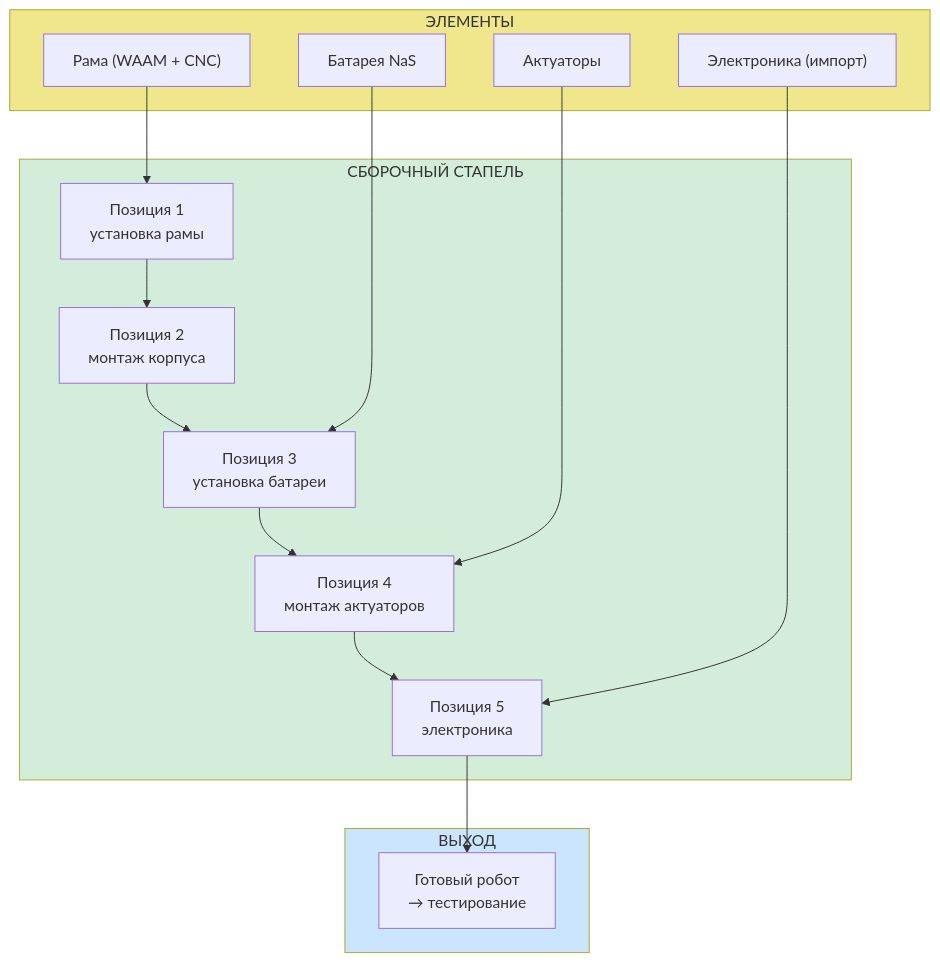
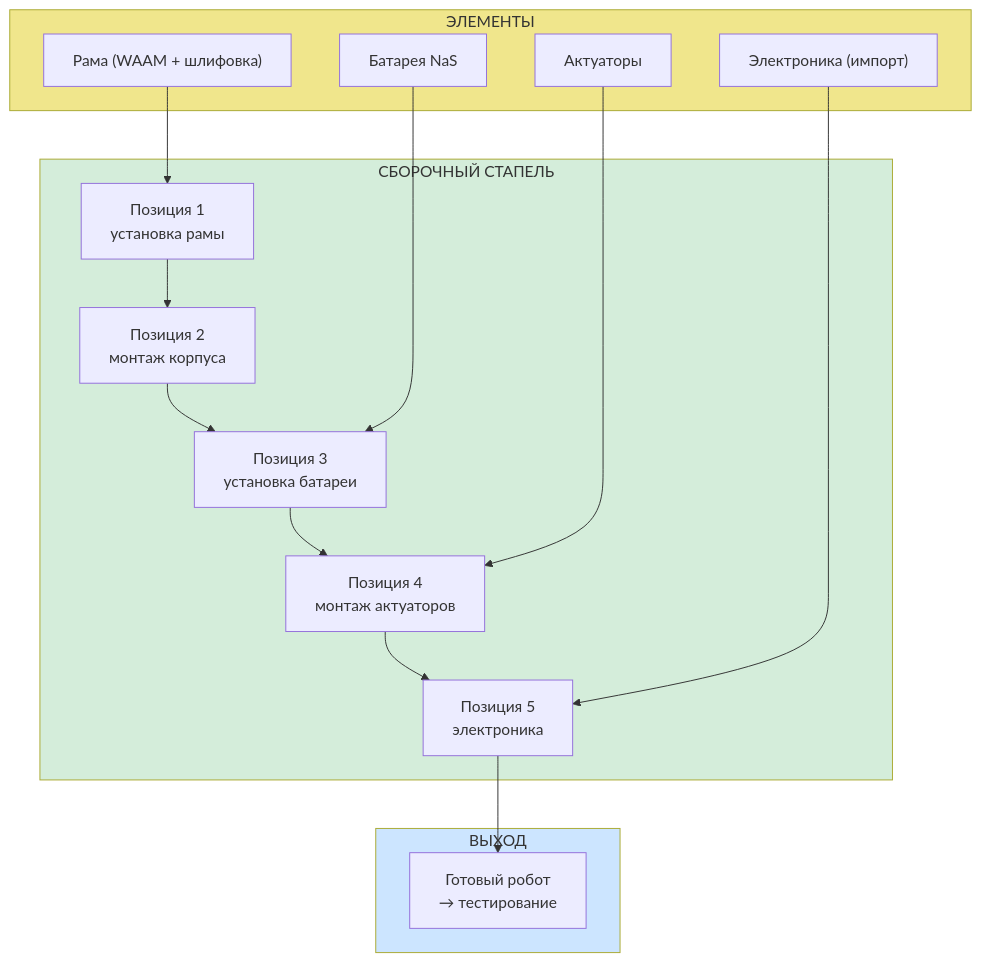
One commit to DmitryNasikanov/infinite-energy changed the diagram in ru/science/detailed/robots/overview.qmd. Above: the diagram before and after it, drawn with Mermaid. The commit also changed other lines of this file and 35 other files, not shown here.

````diff
--- a/ru/science/detailed/robots/overview.qmd
+++ b/ru/science/detailed/robots/overview.qmd
@@ -146,35 +146,35 @@
 ```{mermaid}
 flowchart TD
     subgraph INPUT["ЭЛЕМЕНТЫ"]
-        FRAME["Рама (WAAM + CNC)"]
+        FRAME["Рама (WAAM + шлифовка)"]
         BATTERY["Батарея NaS"]
         ACTUATORS["Актуаторы"]
         ELECTRONICS["Электроника (импорт)"]
     end
 
     subgraph ASSEMBLY["СБОРОЧНЫЙ СТАПЕЛЬ"]
         POS1["Позиция 1<br/>установка рамы"]
         POS2["Позиция 2<br/>монтаж корпуса"]
         POS3["Позиция 3<br/>установка батареи"]
         POS4["Позиция 4<br/>монтаж актуаторов"]
         POS5["Позиция 5<br/>электроника"]
     end
 
     subgraph OUTPUT["ВЫХОД"]
         ROBOT["Готовый робот<br/>→ тестирование"]
     end
 
     FRAME --> POS1
     POS1 --> POS2
     POS2 --> POS3
     BATTERY --> POS3
     POS3 --> POS4
     ACTUATORS --> POS4
     POS4 --> POS5
     ELECTRONICS --> POS5
     POS5 --> ROBOT
 
     style INPUT fill:#f0e68c
     style ASSEMBLY fill:#d4edda
     style OUTPUT fill:#cce5ff
 ```
````
